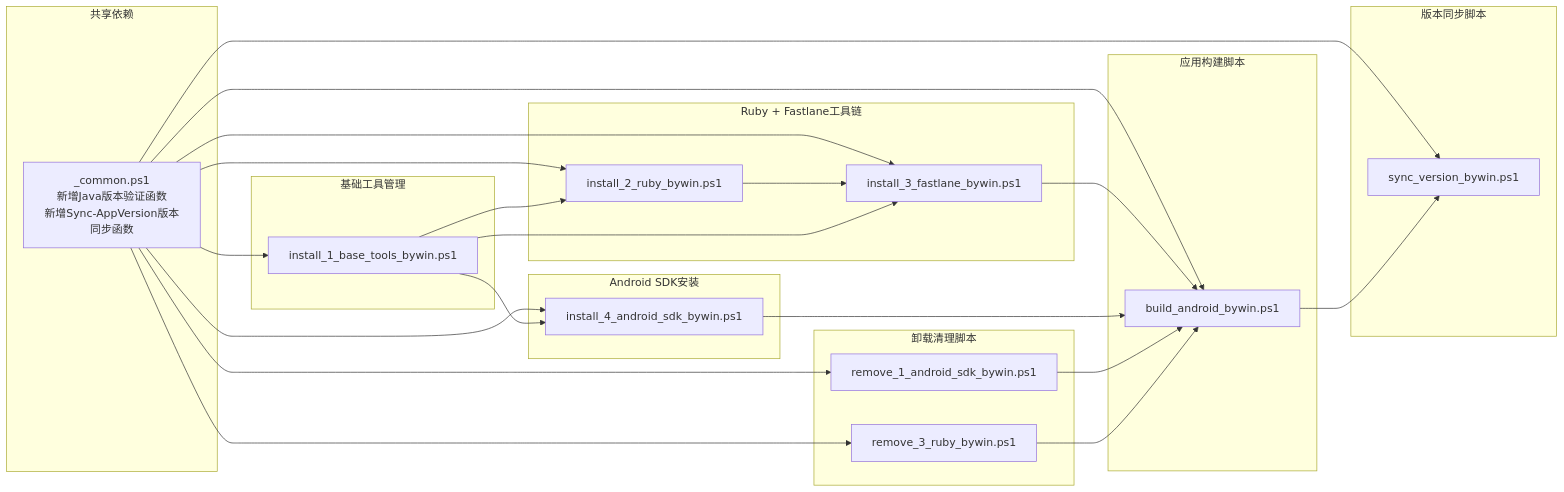
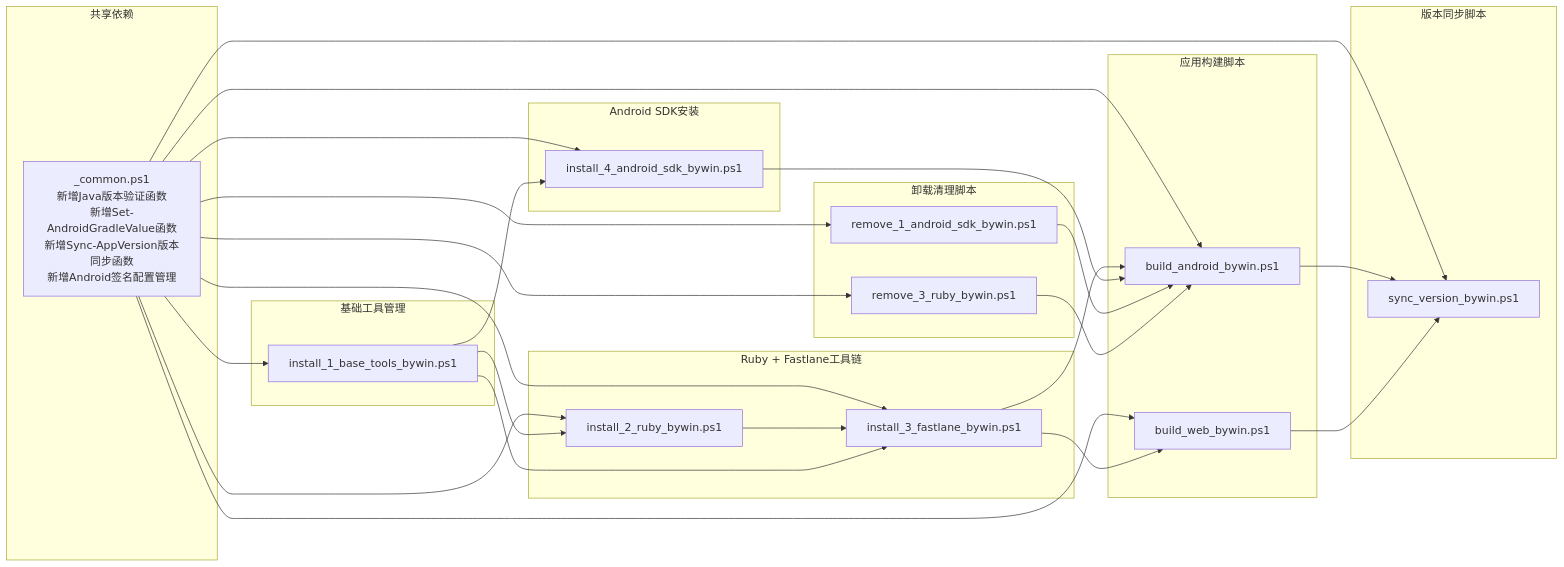
The tenth of 10 diagrams in .qoder/repowiki/zh/content/构建与部署/Windows PowerShell自动化.md (tea4go/Macro-Deck-Client-App), drawn with Mermaid before and after one commit. The commit also changed other lines of this file and 8 other files, not shown here.

````diff
--- a/.qoder/repowiki/zh/content/构建与部署/Windows PowerShell自动化.md
+++ b/.qoder/repowiki/zh/content/构建与部署/Windows PowerShell自动化.md
@@ -742,43 +861,47 @@
 ```mermaid
 graph LR
 subgraph "共享依赖"
-Common[_common.ps1<br/>新增Java版本验证函数<br/>新增Sync-AppVersion版本同步函数]
+Common[_common.ps1<br/>新增Java版本验证函数<br/>新增Set-AndroidGradleValue函数<br/>新增Sync-AppVersion版本同步函数<br/>新增Android签名配置管理]
 end
 subgraph "基础工具管理"
 BaseTools[install_1_base_tools_bywin.ps1]
 end
 subgraph "Ruby + Fastlane工具链"
 InstallRuby[install_2_ruby_bywin.ps1]
 InstallFastlane[install_3_fastlane_bywin.ps1]
 end
 subgraph "Android SDK安装"
 InstallSDK[install_4_android_sdk_bywin.ps1]
 end
 subgraph "应用构建脚本"
 BuildAndroid[build_android_bywin.ps1]
+BuildWeb[build_web_bywin.ps1]
 end
 subgraph "版本同步脚本"
 SyncVersion[sync_version_bywin.ps1]
 end
 subgraph "卸载清理脚本"
 RemoveSDK[remove_1_android_sdk_bywin.ps1]
 RemoveRuby[remove_3_ruby_bywin.ps1]
 end
 Common --> BaseTools
 Common --> InstallRuby
 Common --> InstallFastlane
 Common --> InstallSDK
 Common --> BuildAndroid
+Common --> BuildWeb
 Common --> SyncVersion
 Common --> RemoveSDK
 Common --> RemoveRuby
 InstallRuby --> InstallFastlane
 InstallFastlane --> BuildAndroid
+InstallFastlane --> BuildWeb
 InstallSDK --> BuildAndroid
 BuildAndroid --> SyncVersion
+BuildWeb --> SyncVersion
 RemoveSDK --> BuildAndroid
 RemoveRuby --> BuildAndroid
 BaseTools --> InstallRuby
 BaseTools --> InstallFastlane
 BaseTools --> InstallSDK
 ```
````
